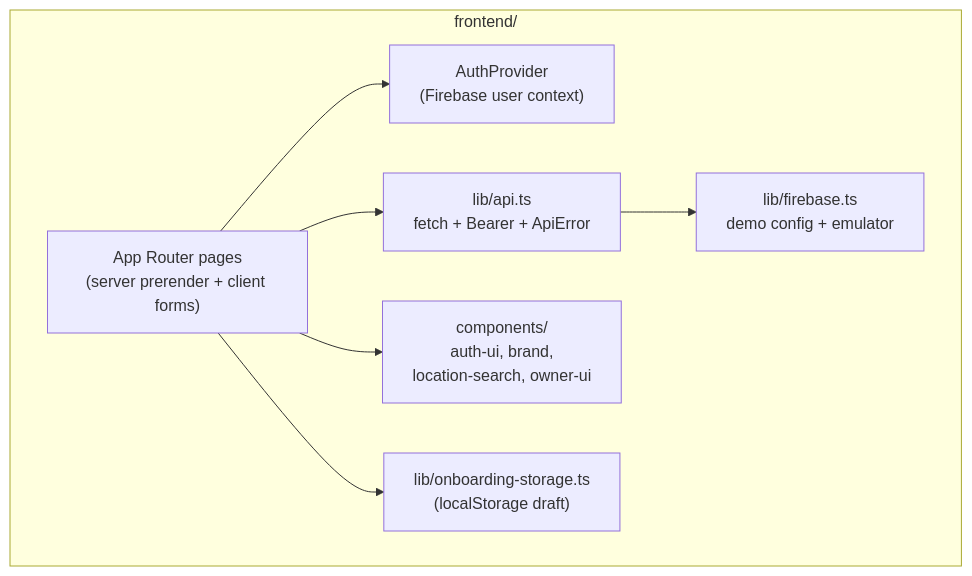
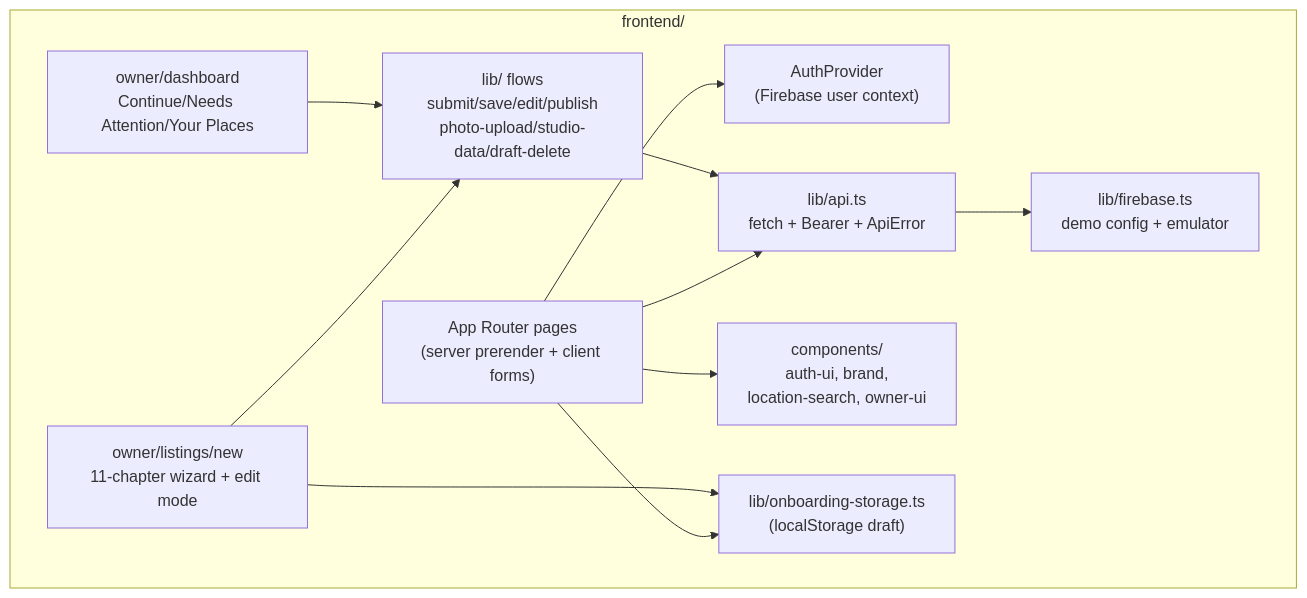
One commit to Trinayan29/Apun-Ghar changed diagram 13 of 15 in docs/SYSTEM_DESIGN.md. Above: the diagram before and after it, drawn with Mermaid. The commit also changed other lines of this file and 7 other files, not shown here.

````diff
--- a/docs/SYSTEM_DESIGN.md
+++ b/docs/SYSTEM_DESIGN.md
@@ -632,13 +684,19 @@
 ```mermaid
 flowchart TB
     subgraph FE["frontend/"]
         PAGES["App Router pages<br/>(server prerender + client forms)"]
         AUTH["AuthProvider<br/>(Firebase user context)"]
         API["lib/api.ts<br/>fetch + Bearer + ApiError"]
         FB["lib/firebase.ts<br/>demo config + emulator"]
         COMP["components/<br/>auth-ui, brand,<br/>location-search, owner-ui"]
         STORE["lib/onboarding-storage.ts<br/>(localStorage draft)"]
+        WIZ["owner/listings/new<br/>11-chapter wizard + edit mode"]
+        STUDIO["owner/dashboard<br/>Continue/Needs Attention/Your Places"]
+        FLOWS["lib/ flows<br/>submit/save/edit/publish<br/>photo-upload/studio-data/draft-delete"]
     end
     PAGES --> AUTH & API & COMP & STORE
     API --> FB
+    WIZ --> FLOWS & STORE
+    STUDIO --> FLOWS
+    FLOWS --> API
 ```
````
